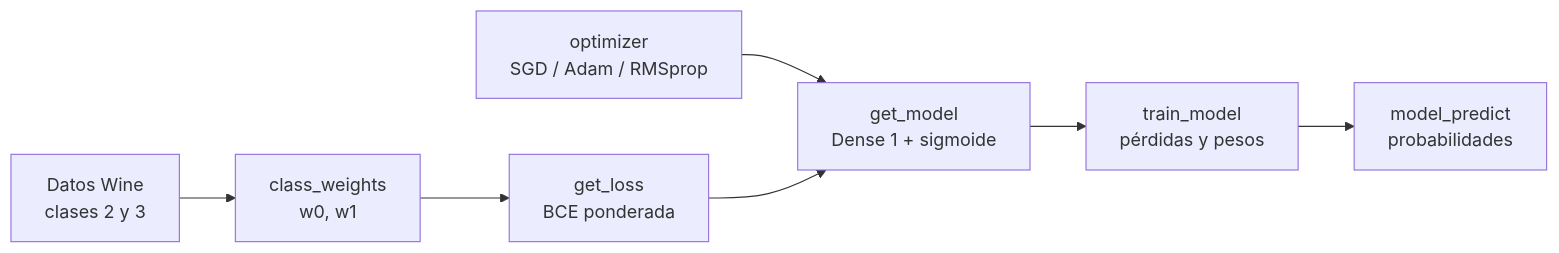
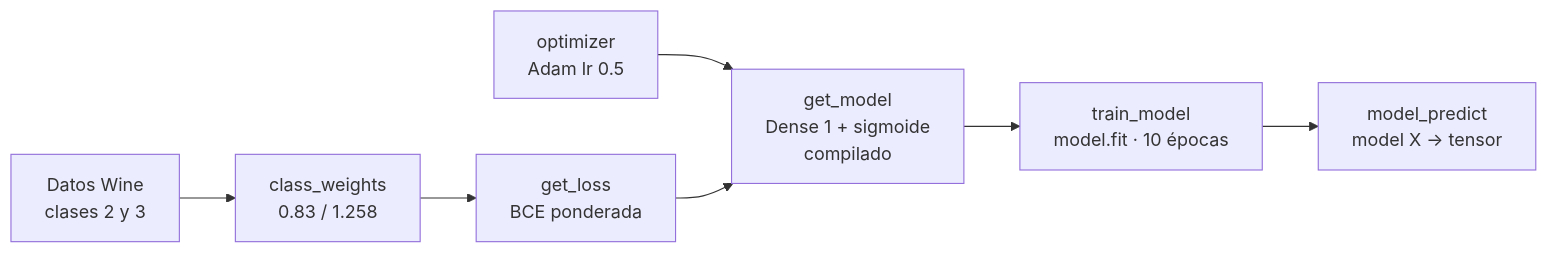
One commit to NatoRemolina/Machine-Learning-Avanzado changed the diagram in 02 - Deep Learning/01 - Intro TensorFlow PyTorch Keras/entregables/Tarea 1/documentacion.md. Above: the diagram before and after it, drawn with Mermaid. The commit also changed other lines of this file and 3 other files, not shown here.

````diff
--- a/02 - Deep Learning/01 - Intro TensorFlow PyTorch Keras/entregables/Tarea 1/documentacion.md
+++ b/02 - Deep Learning/01 - Intro TensorFlow PyTorch Keras/entregables/Tarea 1/documentacion.md
@@ -29,9 +28,9 @@
 ```mermaid
 flowchart LR
-    A[Datos Wine<br/>clases 2 y 3] --> B[class_weights<br/>w0, w1]
+    A[Datos Wine<br/>clases 2 y 3] --> B[class_weights<br/>0.83 / 1.258]
     B --> C[get_loss<br/>BCE ponderada]
-    D[optimizer<br/>SGD / Adam / RMSprop] --> E[get_model<br/>Dense 1 + sigmoide]
+    D[optimizer<br/>Adam lr 0.5] --> E[get_model<br/>Dense 1 + sigmoide<br/>compilado]
     C --> E
-    E --> F[train_model<br/>pérdidas y pesos]
-    F --> G[model_predict<br/>probabilidades]
+    E --> F[train_model<br/>model.fit · 10 épocas]
+    F --> G[model_predict<br/>model X → tensor]
 ```
````
